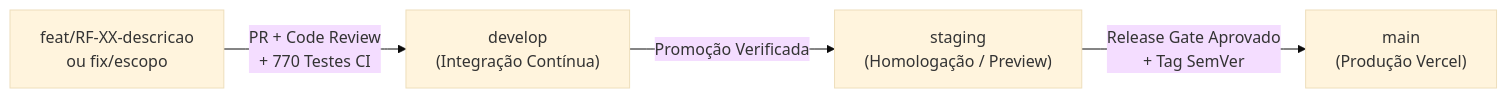
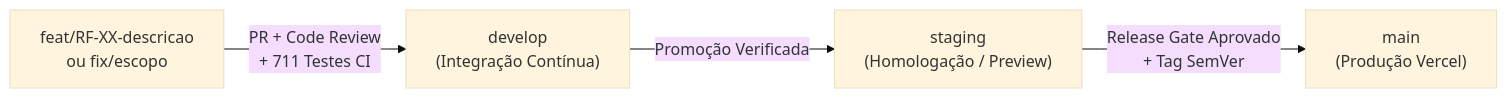
Before and after one commit to CINESOFT-SOLUTIONS/manual-processos-software: the second of 2 diagrams in manual/capitulos/04-gerenciamento-tecnico.md, drawn with Mermaid (base theme). The commit also changed other lines of this file and 18 other files, not shown here.

````diff
--- a/manual/capitulos/04-gerenciamento-tecnico.md
+++ b/manual/capitulos/04-gerenciamento-tecnico.md
@@ -124,6 +124,6 @@
 ```mermaid
 flowchart LR
-    F["feat/RF-XX-descricao\nou fix/escopo"] -->|"PR + Code Review\n+ 770 Testes CI"| DEV["develop\n(Integração Contínua)"]
+    F["feat/RF-XX-descricao\nou fix/escopo"] -->|"PR + Code Review\n+ 711 Testes CI"| DEV["develop\n(Integração Contínua)"]
     DEV -->|"Promoção Verificada"| STG["staging\n(Homologação / Preview)"]
     STG -->|"Release Gate Aprovado\n+ Tag SemVer"| MAIN["main\n(Produção Vercel)"]
 ```
````
